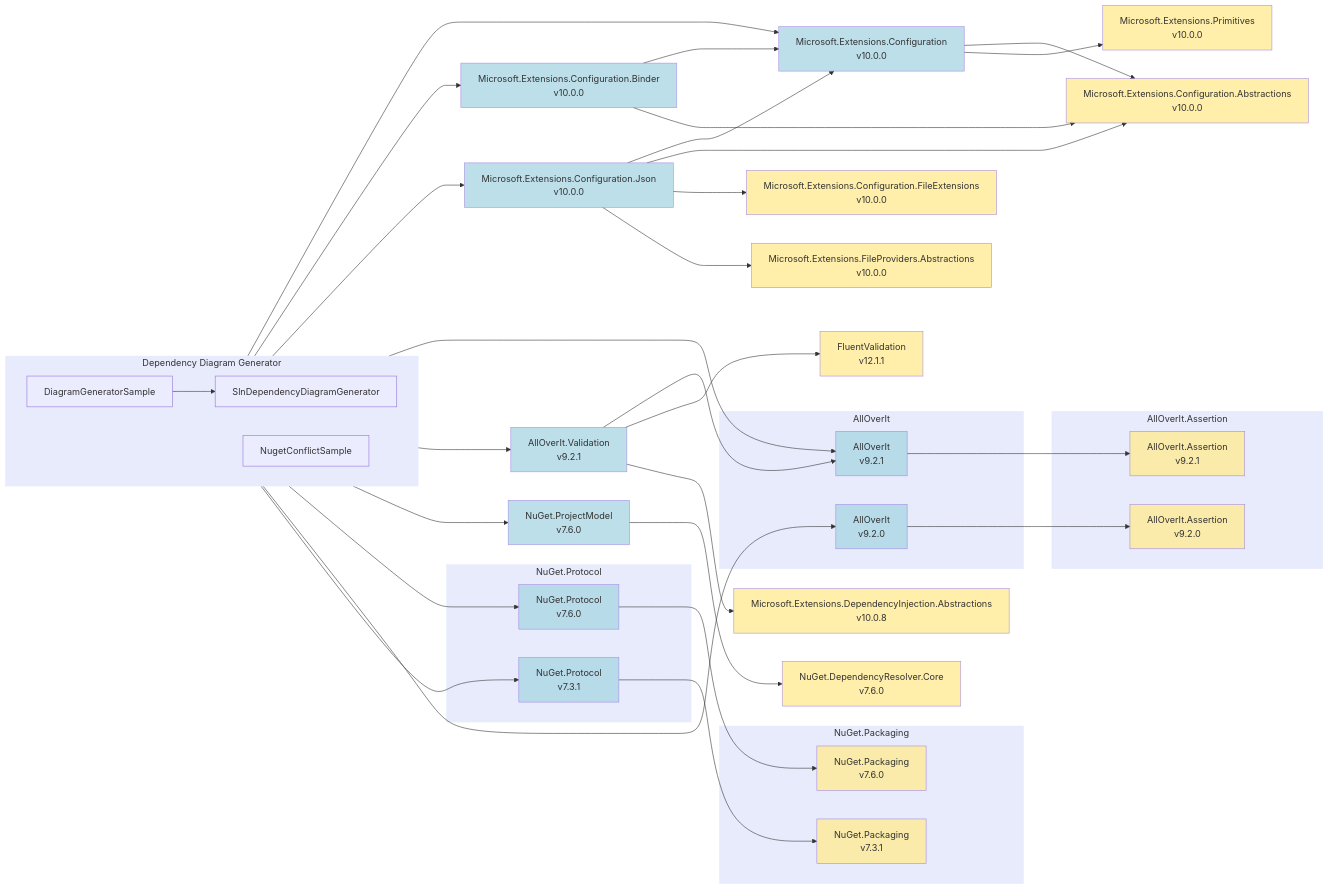
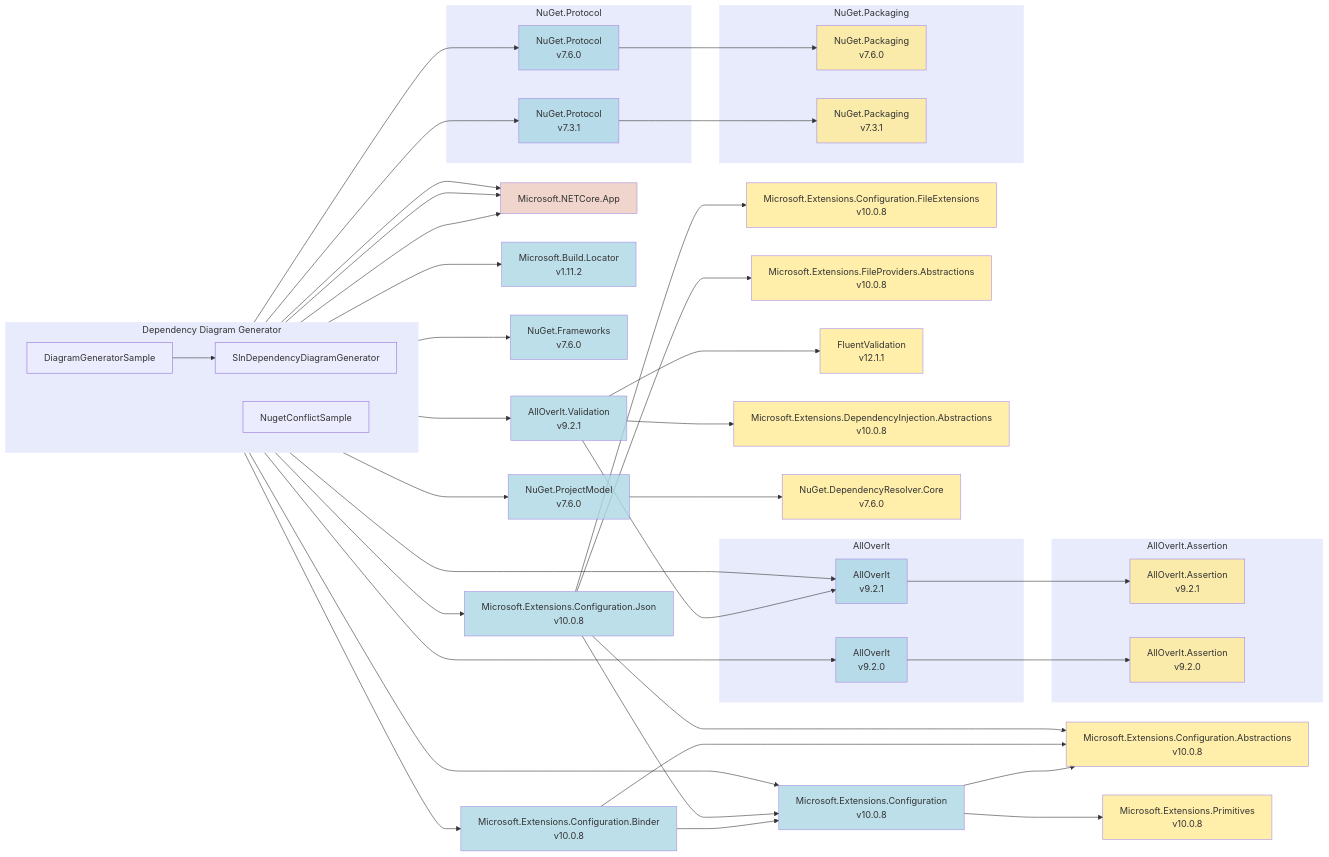
One commit to mjfreelancing/SlnDependencyDiagramGenerator changed the diagram in Samples/Output/net10.0/mmd/dependency diagram generator-all.mmd. Above: the diagram before and after it, drawn with Mermaid. The commit also changed 101 other files, not shown here.

```diff
--- a/Samples/Output/net10.0/mmd/dependency diagram generator-all.mmd
+++ b/Samples/Output/net10.0/mmd/dependency diagram generator-all.mmd
@@ -1,86 +1,97 @@
 flowchart LR
   subgraph ddg["Dependency Diagram Generator"]
     direction LR
     ddg_diagramgeneratorsample["DiagramGeneratorSample"]
     ddg_slndependencydiagramgenerator["SlnDependencyDiagramGenerator"]
     ddg_nugetconflictsample["NugetConflictSample"]
   end
-  microsoft-extensions-configuration_10-0-0["Microsoft.Extensions.Configuration<br>v10.0.0"]
-  microsoft-extensions-configuration-abstractions_10-0-0["Microsoft.Extensions.Configuration.Abstractions<br>v10.0.0"]
-  microsoft-extensions-primitives_10-0-0["Microsoft.Extensions.Primitives<br>v10.0.0"]
-  microsoft-extensions-configuration-binder_10-0-0["Microsoft.Extensions.Configuration.Binder<br>v10.0.0"]
-  microsoft-extensions-configuration-json_10-0-0["Microsoft.Extensions.Configuration.Json<br>v10.0.0"]
-  microsoft-extensions-configuration-fileextensions_10-0-0["Microsoft.Extensions.Configuration.FileExtensions<br>v10.0.0"]
-  microsoft-extensions-fileproviders-abstractions_10-0-0["Microsoft.Extensions.FileProviders.Abstractions<br>v10.0.0"]
+  microsoft-netcore-app["Microsoft.NETCore.App"]
+  microsoft-extensions-configuration_10-0-8["Microsoft.Extensions.Configuration<br>v10.0.8"]
+  microsoft-extensions-configuration-abstractions_10-0-8["Microsoft.Extensions.Configuration.Abstractions<br>v10.0.8"]
+  microsoft-extensions-primitives_10-0-8["Microsoft.Extensions.Primitives<br>v10.0.8"]
+  microsoft-extensions-configuration-binder_10-0-8["Microsoft.Extensions.Configuration.Binder<br>v10.0.8"]
+  microsoft-extensions-configuration-json_10-0-8["Microsoft.Extensions.Configuration.Json<br>v10.0.8"]
+  microsoft-extensions-configuration-fileextensions_10-0-8["Microsoft.Extensions.Configuration.FileExtensions<br>v10.0.8"]
+  microsoft-extensions-fileproviders-abstractions_10-0-8["Microsoft.Extensions.FileProviders.Abstractions<br>v10.0.8"]
   alloverit-validation_9-2-1["AllOverIt.Validation<br>v9.2.1"]
   fluentvalidation_12-1-1["FluentValidation<br>v12.1.1"]
   microsoft-extensions-dependencyinjection-abstractions_10-0-8["Microsoft.Extensions.DependencyInjection.Abstractions<br>v10.0.8"]
+  microsoft-build-locator_1-11-2["Microsoft.Build.Locator<br>v1.11.2"]
+  nuget-frameworks_7-6-0["NuGet.Frameworks<br>v7.6.0"]
   nuget-projectmodel_7-6-0["NuGet.ProjectModel<br>v7.6.0"]
   nuget-dependencyresolver-core_7-6-0["NuGet.DependencyResolver.Core<br>v7.6.0"]
   subgraph alloverit-group["AllOverIt"]
       alloverit-group_alloverit_9-2-1["AllOverIt<br>v9.2.1"]
       alloverit-group_alloverit_9-2-0["AllOverIt<br>v9.2.0"]
     end
   subgraph alloverit-assertion-group["AllOverIt.Assertion"]
       alloverit-assertion-group_alloverit-assertion_9-2-1["AllOverIt.Assertion<br>v9.2.1"]
       alloverit-assertion-group_alloverit-assertion_9-2-0["AllOverIt.Assertion<br>v9.2.0"]
     end
   subgraph nuget-protocol-group["NuGet.Protocol"]
       nuget-protocol-group_nuget-protocol_7-6-0["NuGet.Protocol<br>v7.6.0"]
       nuget-protocol-group_nuget-protocol_7-3-1["NuGet.Protocol<br>v7.3.1"]
     end
   subgraph nuget-packaging-group["NuGet.Packaging"]
       nuget-packaging-group_nuget-packaging_7-6-0["NuGet.Packaging<br>v7.6.0"]
       nuget-packaging-group_nuget-packaging_7-3-1["NuGet.Packaging<br>v7.3.1"]
     end
-  ddg_diagramgeneratorsample --> microsoft-extensions-configuration_10-0-0
-  microsoft-extensions-configuration_10-0-0 --> microsoft-extensions-configuration-abstractions_10-0-0
-  microsoft-extensions-configuration_10-0-0 --> microsoft-extensions-primitives_10-0-0
-  ddg_diagramgeneratorsample --> microsoft-extensions-configuration-binder_10-0-0
-  microsoft-extensions-configuration-binder_10-0-0 --> microsoft-extensions-configuration_10-0-0
-  microsoft-extensions-configuration-binder_10-0-0 --> microsoft-extensions-configuration-abstractions_10-0-0
-  ddg_diagramgeneratorsample --> microsoft-extensions-configuration-json_10-0-0
-  microsoft-extensions-configuration-json_10-0-0 --> microsoft-extensions-configuration_10-0-0
-  microsoft-extensions-configuration-json_10-0-0 --> microsoft-extensions-configuration-abstractions_10-0-0
-  microsoft-extensions-configuration-json_10-0-0 --> microsoft-extensions-configuration-fileextensions_10-0-0
-  microsoft-extensions-configuration-json_10-0-0 --> microsoft-extensions-fileproviders-abstractions_10-0-0
+  ddg_diagramgeneratorsample --> microsoft-netcore-app
+  ddg_diagramgeneratorsample --> microsoft-extensions-configuration_10-0-8
+  microsoft-extensions-configuration_10-0-8 --> microsoft-extensions-configuration-abstractions_10-0-8
+  microsoft-extensions-configuration_10-0-8 --> microsoft-extensions-primitives_10-0-8
+  ddg_diagramgeneratorsample --> microsoft-extensions-configuration-binder_10-0-8
+  microsoft-extensions-configuration-binder_10-0-8 --> microsoft-extensions-configuration_10-0-8
+  microsoft-extensions-configuration-binder_10-0-8 --> microsoft-extensions-configuration-abstractions_10-0-8
+  ddg_diagramgeneratorsample --> microsoft-extensions-configuration-json_10-0-8
+  microsoft-extensions-configuration-json_10-0-8 --> microsoft-extensions-configuration_10-0-8
+  microsoft-extensions-configuration-json_10-0-8 --> microsoft-extensions-configuration-abstractions_10-0-8
+  microsoft-extensions-configuration-json_10-0-8 --> microsoft-extensions-configuration-fileextensions_10-0-8
+  microsoft-extensions-configuration-json_10-0-8 --> microsoft-extensions-fileproviders-abstractions_10-0-8
   ddg_diagramgeneratorsample --> ddg_slndependencydiagramgenerator
   ddg_slndependencydiagramgenerator --> alloverit-group_alloverit_9-2-1
   alloverit-group_alloverit_9-2-1 --> alloverit-assertion-group_alloverit-assertion_9-2-1
   ddg_slndependencydiagramgenerator --> alloverit-validation_9-2-1
   alloverit-validation_9-2-1 --> alloverit-group_alloverit_9-2-1
   alloverit-validation_9-2-1 --> fluentvalidation_12-1-1
   alloverit-validation_9-2-1 --> microsoft-extensions-dependencyinjection-abstractions_10-0-8
+  ddg_slndependencydiagramgenerator --> microsoft-build-locator_1-11-2
+  ddg_slndependencydiagramgenerator --> nuget-frameworks_7-6-0
   ddg_slndependencydiagramgenerator --> nuget-projectmodel_7-6-0
   nuget-projectmodel_7-6-0 --> nuget-dependencyresolver-core_7-6-0
   ddg_slndependencydiagramgenerator --> nuget-protocol-group_nuget-protocol_7-6-0
   nuget-protocol-group_nuget-protocol_7-6-0 --> nuget-packaging-group_nuget-packaging_7-6-0
+  ddg_slndependencydiagramgenerator --> microsoft-netcore-app
+  ddg_nugetconflictsample --> microsoft-netcore-app
   ddg_nugetconflictsample --> alloverit-group_alloverit_9-2-0
   alloverit-group_alloverit_9-2-0 --> alloverit-assertion-group_alloverit-assertion_9-2-0
   ddg_nugetconflictsample --> nuget-protocol-group_nuget-protocol_7-3-1
   nuget-protocol-group_nuget-protocol_7-3-1 --> nuget-packaging-group_nuget-packaging_7-3-1
   style ddg fill:#E7EBFC,stroke:#E7EBFC,stroke-width:1px,opacity:1
   style alloverit-group fill:#E7EBFC,stroke:#E7EBFC,stroke-width:1px,opacity:1
   style alloverit-assertion-group fill:#E7EBFC,stroke:#E7EBFC,stroke-width:1px,opacity:1
   style nuget-protocol-group fill:#E7EBFC,stroke:#E7EBFC,stroke-width:1px,opacity:1
   style nuget-packaging-group fill:#E7EBFC,stroke:#E7EBFC,stroke-width:1px,opacity:1
-  style microsoft-extensions-configuration_10-0-0 fill:#ADD8E6,opacity:0.8
-  style microsoft-extensions-configuration-abstractions_10-0-0 fill:#FFEC96,opacity:0.8
-  style microsoft-extensions-primitives_10-0-0 fill:#FFEC96,opacity:0.8
-  style microsoft-extensions-configuration-binder_10-0-0 fill:#ADD8E6,opacity:0.8
-  style microsoft-extensions-configuration-json_10-0-0 fill:#ADD8E6,opacity:0.8
-  style microsoft-extensions-configuration-fileextensions_10-0-0 fill:#FFEC96,opacity:0.8
-  style microsoft-extensions-fileproviders-abstractions_10-0-0 fill:#FFEC96,opacity:0.8
+  style microsoft-netcore-app fill:#ECCBC0,opacity:0.8
+  style microsoft-extensions-configuration_10-0-8 fill:#ADD8E6,opacity:0.8
+  style microsoft-extensions-configuration-abstractions_10-0-8 fill:#FFEC96,opacity:0.8
+  style microsoft-extensions-primitives_10-0-8 fill:#FFEC96,opacity:0.8
+  style microsoft-extensions-configuration-binder_10-0-8 fill:#ADD8E6,opacity:0.8
+  style microsoft-extensions-configuration-json_10-0-8 fill:#ADD8E6,opacity:0.8
+  style microsoft-extensions-configuration-fileextensions_10-0-8 fill:#FFEC96,opacity:0.8
+  style microsoft-extensions-fileproviders-abstractions_10-0-8 fill:#FFEC96,opacity:0.8
   style alloverit-group_alloverit_9-2-1 fill:#ADD8E6,opacity:0.8
   style alloverit-assertion-group_alloverit-assertion_9-2-1 fill:#FFEC96,opacity:0.8
   style alloverit-validation_9-2-1 fill:#ADD8E6,opacity:0.8
   style fluentvalidation_12-1-1 fill:#FFEC96,opacity:0.8
   style microsoft-extensions-dependencyinjection-abstractions_10-0-8 fill:#FFEC96,opacity:0.8
+  style microsoft-build-locator_1-11-2 fill:#ADD8E6,opacity:0.8
+  style nuget-frameworks_7-6-0 fill:#ADD8E6,opacity:0.8
   style nuget-projectmodel_7-6-0 fill:#ADD8E6,opacity:0.8
   style nuget-dependencyresolver-core_7-6-0 fill:#FFEC96,opacity:0.8
   style nuget-protocol-group_nuget-protocol_7-6-0 fill:#ADD8E6,opacity:0.8
   style nuget-packaging-group_nuget-packaging_7-6-0 fill:#FFEC96,opacity:0.8
   style alloverit-group_alloverit_9-2-0 fill:#ADD8E6,opacity:0.8
   style alloverit-assertion-group_alloverit-assertion_9-2-0 fill:#FFEC96,opacity:0.8
   style nuget-protocol-group_nuget-protocol_7-3-1 fill:#ADD8E6,opacity:0.8
   style nuget-packaging-group_nuget-packaging_7-3-1 fill:#FFEC96,opacity:0.8
```
